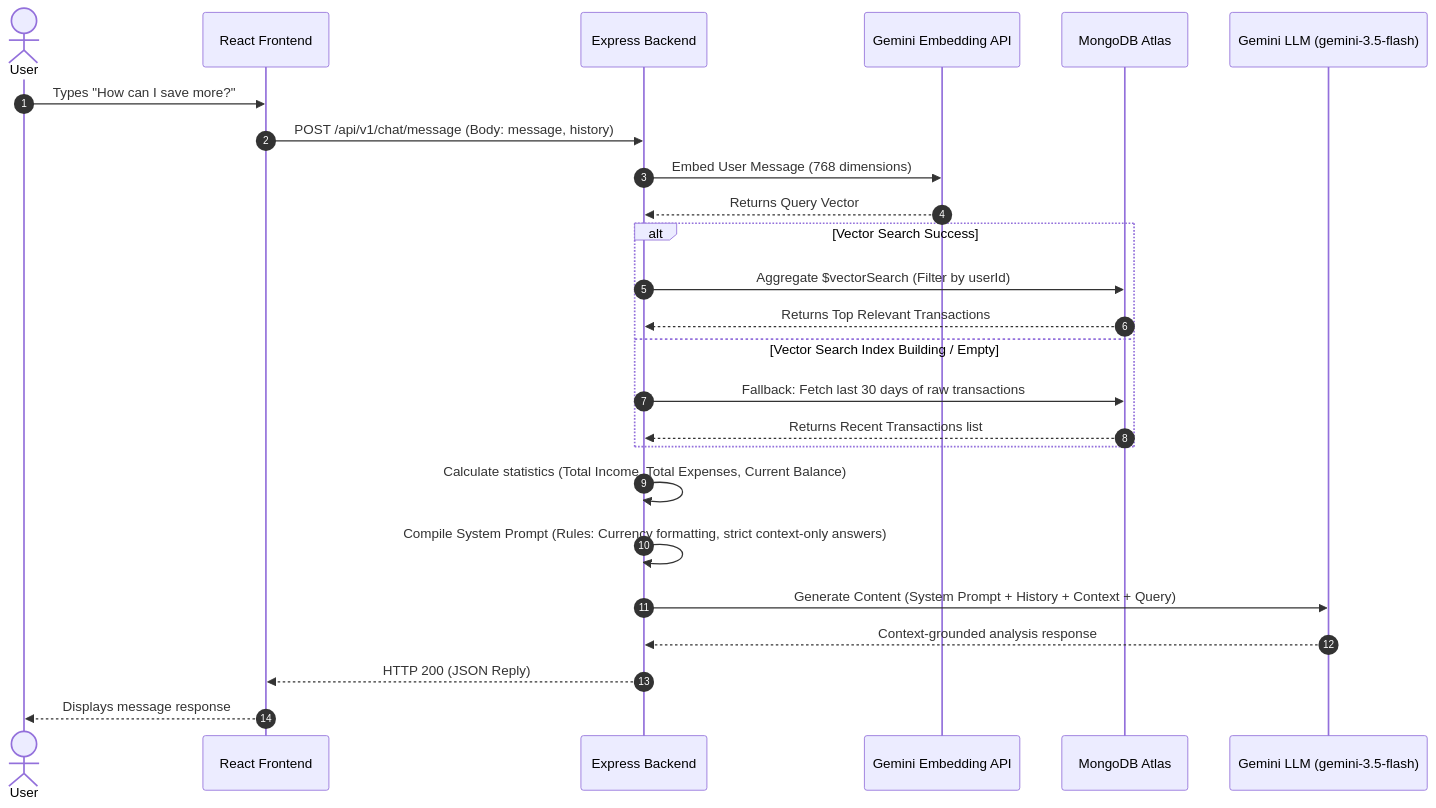
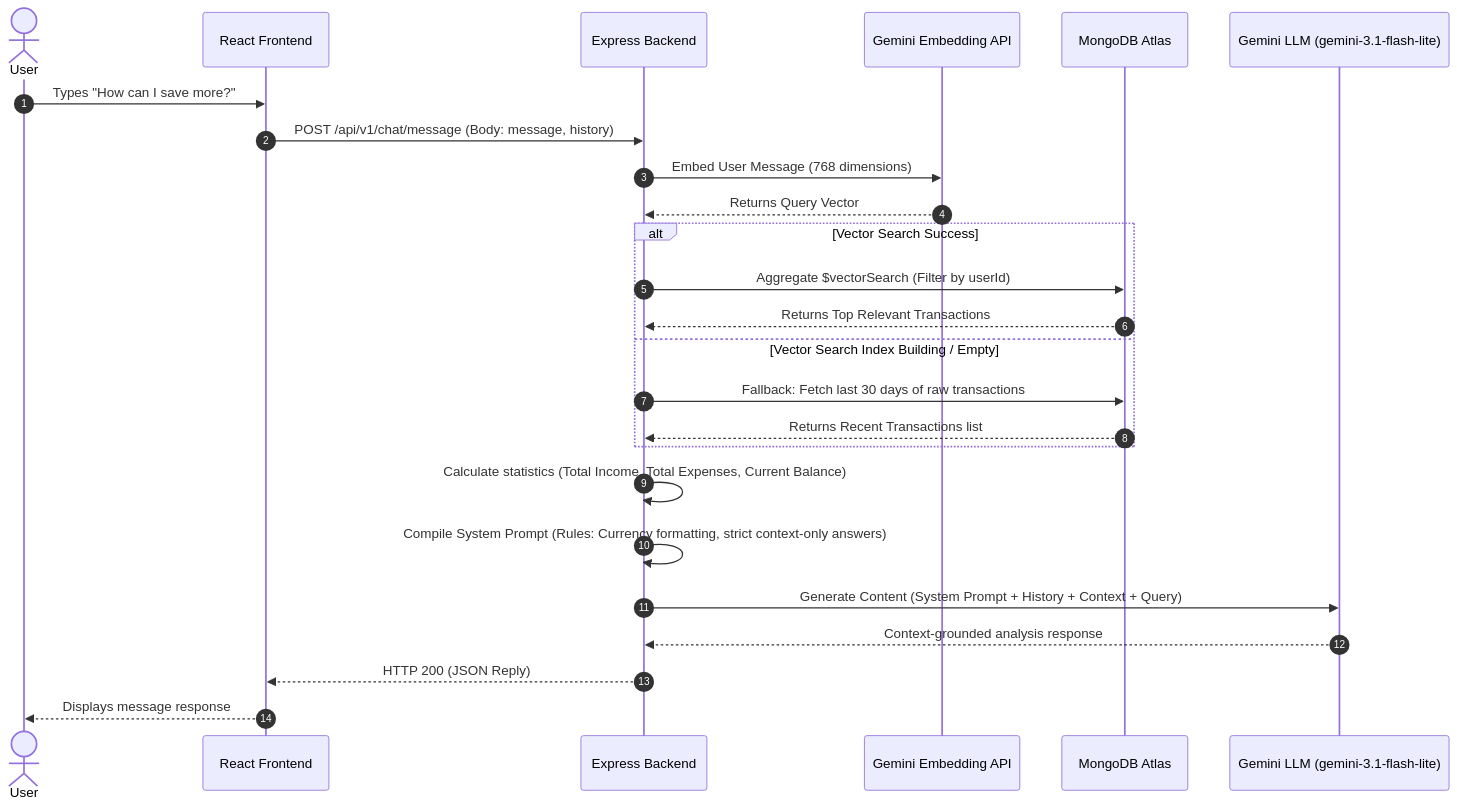
One commit to DhryXpert/Personal-Expense-Income-Management-Web-Application changed the third of 3 diagrams in README.md. Above: the diagram before and after it, drawn with Mermaid. The commit also changed 1 other file, not shown here.

Commit message:
Switch LLM to gemini-3.1-flash-lite for stability

````diff
--- a/README.md
+++ b/README.md
@@ -80,32 +80,32 @@
 ```mermaid
 sequenceDiagram
     autonumber
     actor User as User
     participant FE as React Frontend
     participant BE as Express Backend
     participant GemE as Gemini Embedding API
     participant DB as MongoDB Atlas
-    participant GemL as Gemini LLM (gemini-3.5-flash)
+    participant GemL as Gemini LLM (gemini-3.1-flash-lite)
 
     User->>FE: Types "How can I save more?"
     FE->>BE: POST /api/v1/chat/message (Body: message, history)
     
     BE->>GemE: Embed User Message (768 dimensions)
     GemE-->>BE: Returns Query Vector
     
     alt Vector Search Success
         BE->>DB: Aggregate $vectorSearch (Filter by userId)
         DB-->>BE: Returns Top Relevant Transactions
     else Vector Search Index Building / Empty
         BE->>DB: Fallback: Fetch last 30 days of raw transactions
         DB-->>BE: Returns Recent Transactions list
     end
 
     BE->>BE: Calculate statistics (Total Income, Total Expenses, Current Balance)
     BE->>BE: Compile System Prompt (Rules: Currency formatting, strict context-only answers)
     
     BE->>GemL: Generate Content (System Prompt + History + Context + Query)
     GemL-->>BE: Context-grounded analysis response
     BE-->>FE: HTTP 200 (JSON Reply)
     FE-->>User: Displays message response
 ```
````
